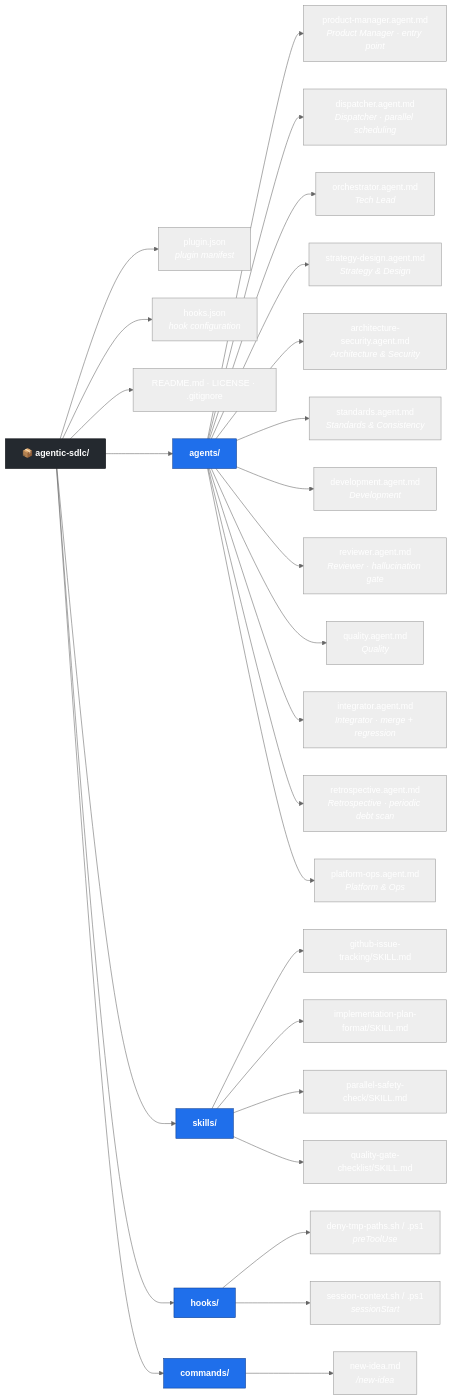
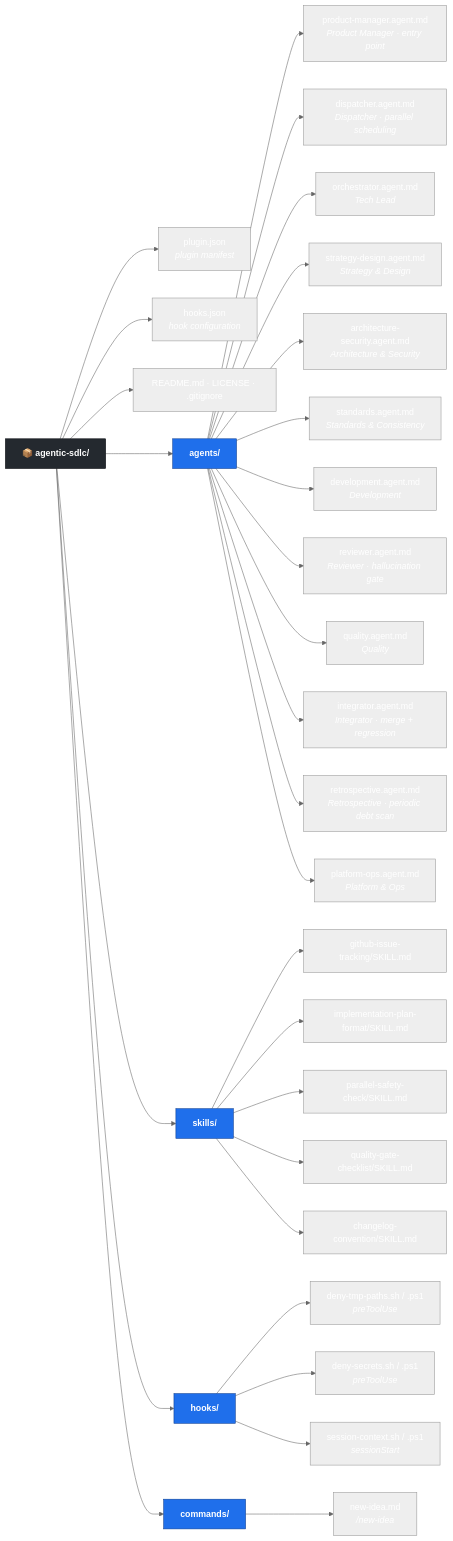
The third of 3 diagrams in README.md (jmassardo/agentic-sdlc), drawn with Mermaid (neutral theme) before and after one commit. The commit also changed other lines of this file, not shown here.

First line of the commit message:
Document the secret hook, changelog skill, and ops ownership in README

````diff
--- a/README.md
+++ b/README.md
@@ -385,40 +389,42 @@
 ```mermaid
 flowchart LR
     ROOT["📦 <b>agentic-sdlc/</b>"]
 
     ROOT --> MANIFEST["plugin.json<br/><i>plugin manifest</i>"]
     ROOT --> HOOKCFG["hooks.json<br/><i>hook configuration</i>"]
     ROOT --> DOCS["README.md · LICENSE · .gitignore"]
     ROOT --> AGENTS["<b>agents/</b>"]
     ROOT --> SKILLS["<b>skills/</b>"]
     ROOT --> HOOKS["<b>hooks/</b>"]
     ROOT --> CMDS["<b>commands/</b>"]
 
     AGENTS --> A1["product-manager.agent.md<br/><i>Product Manager · entry point</i>"]
     AGENTS --> A2["dispatcher.agent.md<br/><i>Dispatcher · parallel scheduling</i>"]
     AGENTS --> A3["orchestrator.agent.md<br/><i>Tech Lead</i>"]
     AGENTS --> A4["strategy-design.agent.md<br/><i>Strategy &amp; Design</i>"]
     AGENTS --> A5["architecture-security.agent.md<br/><i>Architecture &amp; Security</i>"]
     AGENTS --> A6["standards.agent.md<br/><i>Standards &amp; Consistency</i>"]
     AGENTS --> A7["development.agent.md<br/><i>Development</i>"]
     AGENTS --> A8["reviewer.agent.md<br/><i>Reviewer · hallucination gate</i>"]
     AGENTS --> A9["quality.agent.md<br/><i>Quality</i>"]
     AGENTS --> A10["integrator.agent.md<br/><i>Integrator · merge + regression</i>"]
     AGENTS --> A11["retrospective.agent.md<br/><i>Retrospective · periodic debt scan</i>"]
     AGENTS --> A12["platform-ops.agent.md<br/><i>Platform &amp; Ops</i>"]
 
     SKILLS --> S1["github-issue-tracking/SKILL.md"]
     SKILLS --> S2["implementation-plan-format/SKILL.md"]
     SKILLS --> S3["parallel-safety-check/SKILL.md"]
     SKILLS --> S4["quality-gate-checklist/SKILL.md"]
+    SKILLS --> S5["changelog-convention/SKILL.md"]
 
     HOOKS --> H1["deny-tmp-paths.sh / .ps1<br/><i>preToolUse</i>"]
-    HOOKS --> H2["session-context.sh / .ps1<br/><i>sessionStart</i>"]
+    HOOKS --> H2["deny-secrets.sh / .ps1<br/><i>preToolUse</i>"]
+    HOOKS --> H3["session-context.sh / .ps1<br/><i>sessionStart</i>"]
 
     CMDS --> C1["new-idea.md<br/><i>/new-idea</i>"]
 
     classDef dir fill:#1f6feb,stroke:#0b3d91,color:#fff
     classDef root fill:#24292f,stroke:#010409,color:#fff
     class ROOT root
     class AGENTS,SKILLS,HOOKS,CMDS dir
 ```
````
